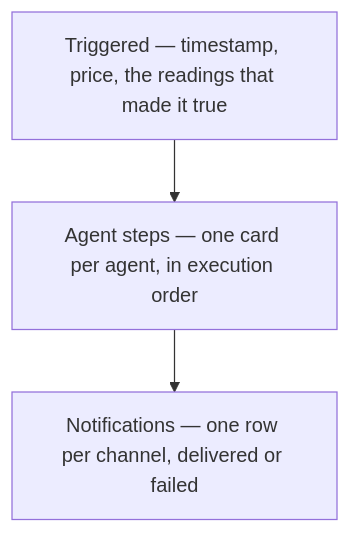
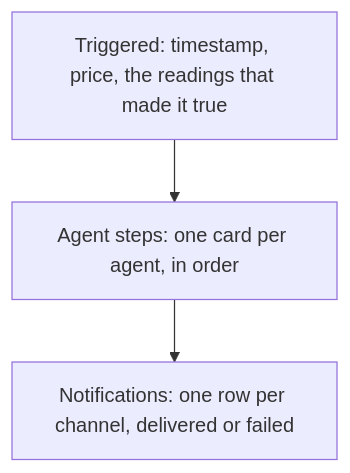
The diagram in automations/runs-and-history.mdx (ishraq21/tradion-doc-site), drawn with Mermaid before and after one commit. The commit also changed other lines of this file and 58 other files, not shown here.

````diff
--- a/automations/runs-and-history.mdx
+++ b/automations/runs-and-history.mdx
@@ -31,5 +31,5 @@
 ```mermaid
 flowchart TB
-    A["Triggered — timestamp, price, the readings that made it true"] --> B["Agent steps — one card per agent, in execution order"]
-    B --> C["Notifications — one row per channel, delivered or failed"]
+    A["Triggered: timestamp, price, the readings that made it true"] --> B["Agent steps: one card per agent, in order"]
+    B --> C["Notifications: one row per channel, delivered or failed"]
 ```
````
